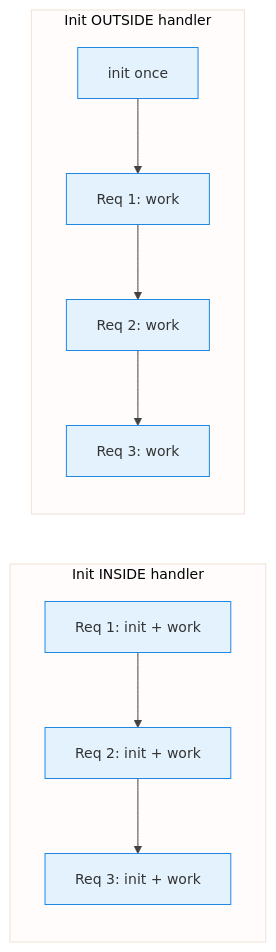
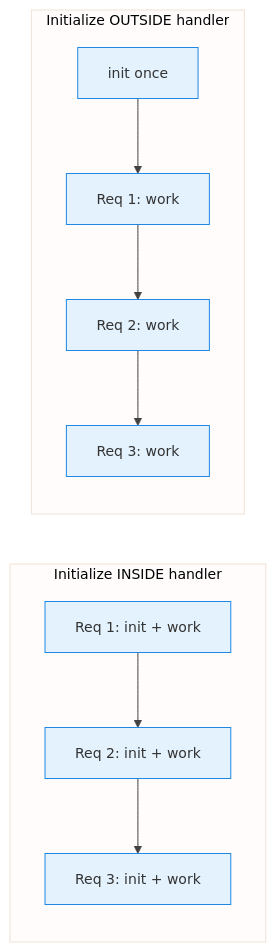
Diagram 21 of 26 in aws_architecting_solutions/10-architecting-serverless-backend-solution-in-aws.qmd (senthilkumarm1901/learn_by_blogging), drawn with Mermaid before and after one commit. The commit also changed other lines of this file, not shown here.

Commit message:
minor mermaid text changes

````diff
--- a/aws_architecting_solutions/10-architecting-serverless-backend-solution-in-aws.qmd
+++ b/aws_architecting_solutions/10-architecting-serverless-backend-solution-in-aws.qmd
@@ -654,10 +654,10 @@
 ```{mermaid}
 %%{init: {'theme': 'base', 'themeVariables': {'primaryColor': '#E3F2FD', 'primaryBorderColor': '#1E88E5', 'lineColor': '#424242', 'fontSize': '14px'}}}%%
 flowchart LR
-    subgraph Bad["Init INSIDE handler"]
+    subgraph Bad["Initialize INSIDE handler"]
         A1["Req 1: init + work"] --> A2["Req 2: init + work"] --> A3["Req 3: init + work"]
     end
-    subgraph Good["Init OUTSIDE handler"]
+    subgraph Good["Initialize OUTSIDE handler"]
         B0["init once"] --> B1["Req 1: work"] --> B2["Req 2: work"] --> B3["Req 3: work"]
     end
 ```
````
